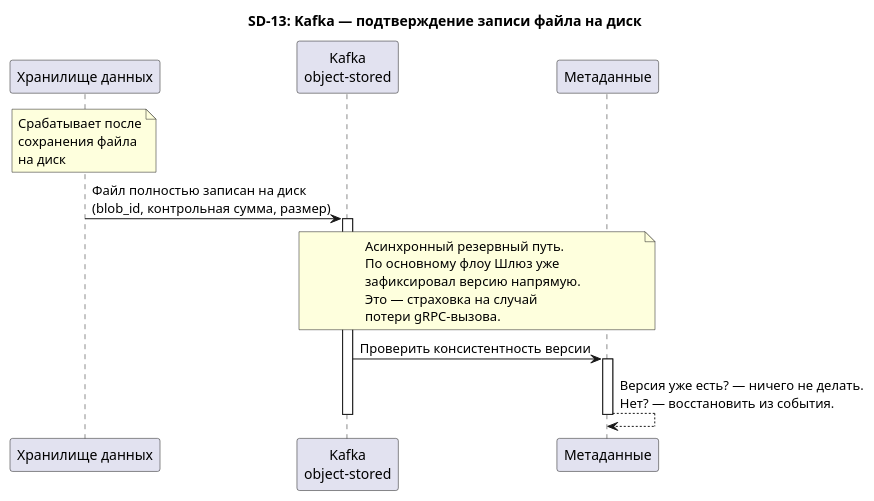
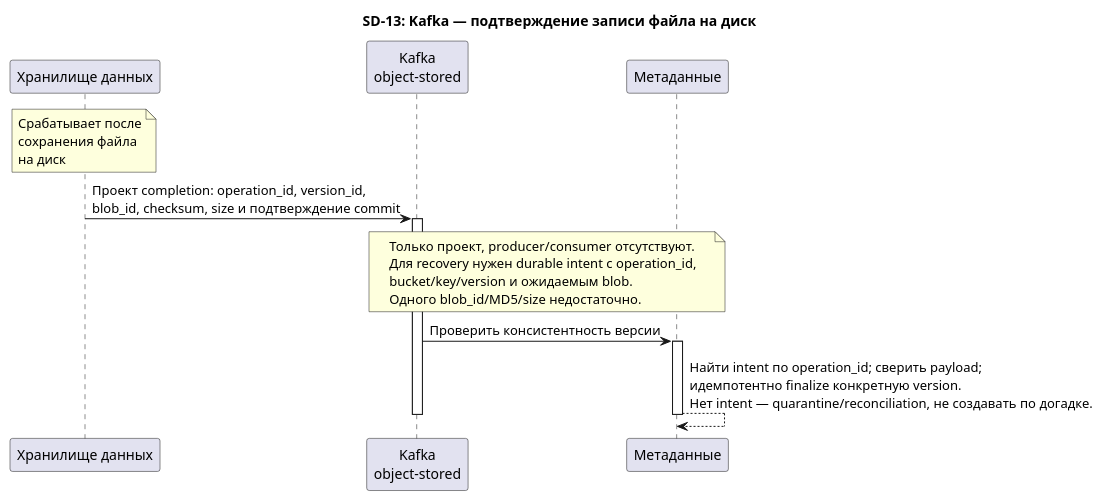
One commit to alesplll/opens3-rebac changed diagram 13 of 16 in docs/sequence_diagrams.md. Above: the diagram before and after it, drawn with PlantUML. The commit also changed other lines of this file and 21 other files, not shown here.

````diff
--- a/docs/sequence_diagrams.md
+++ b/docs/sequence_diagrams.md
@@ -564,23 +576,23 @@
 ```plantuml
 @startuml SD-13-KafkaObjectStored
 title SD-13: Kafka — подтверждение записи файла на диск
 
 participant "Хранилище данных" as DN
 participant "Kafka\nobject-stored" as KF
 participant "Метаданные" as MD
 
 note over DN : Срабатывает после\nсохранения файла\nна диск
 
-DN -> KF : Файл полностью записан на диск\n(blob_id, контрольная сумма, размер)
+DN -> KF : Проект completion: operation_id, version_id,\nblob_id, checksum, size и подтверждение commit
 activate KF
 
-note over KF, MD : Асинхронный резервный путь.\nПо основному флоу Шлюз уже\nзафиксировал версию напрямую.\nЭто — страховка на случай\nпотери gRPC-вызова.
+note over KF, MD : Только проект, producer/consumer отсутствуют.\nДля recovery нужен durable intent с operation_id,\nbucket/key/version и ожидаемым blob.\nОдного blob_id/MD5/size недостаточно.
 
 KF -> MD : Проверить консистентность версии
 activate MD
-MD --> MD : Версия уже есть? — ничего не делать.\nНет? — восстановить из события.
+MD --> MD : Найти intent по operation_id; сверить payload;\nидемпотентно finalize конкретную version.\nНет intent — quarantine/reconciliation, не создавать по догадке.
 deactivate MD
 deactivate KF
 
 @enduml
 ```
````
